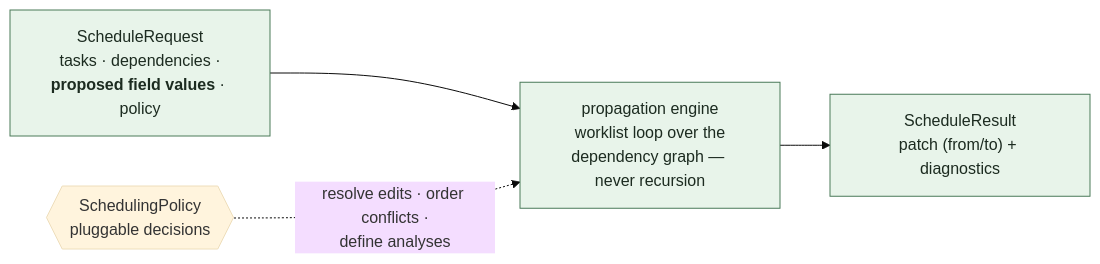
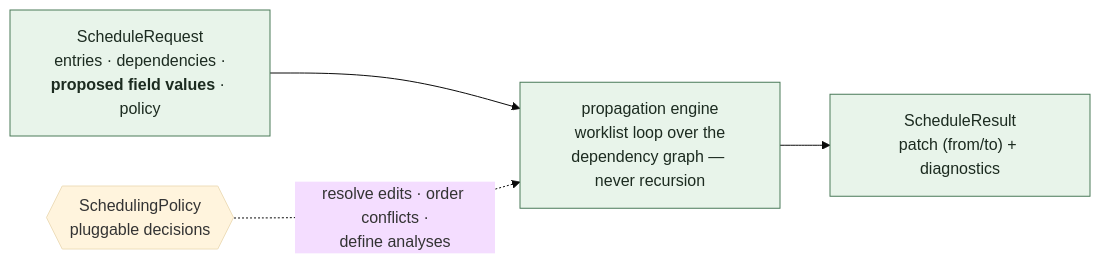
One commit to freegantt/freegantt changed the fifth of 6 diagrams in plans/01-domain-architecture.md. Above: the diagram before and after it, drawn with Mermaid (base theme). The commit also changed other lines of this file and 38 other files, not shown here.

````diff
--- a/plans/01-domain-architecture.md
+++ b/plans/01-domain-architecture.md
@@ -376,14 +376,14 @@
 ```mermaid
 flowchart LR
-  REQ["ScheduleRequest<br/>tasks · dependencies ·<br/><b>proposed field values</b> · policy"]
+  REQ["ScheduleRequest<br/>entries · dependencies ·<br/><b>proposed field values</b> · policy"]
   ENG["propagation engine<br/>worklist loop over the<br/>dependency graph — never recursion"]
   POL{{"SchedulingPolicy<br/>pluggable decisions"}}
   RES["ScheduleResult<br/>patch (from/to) + diagnostics"]
 
   REQ --> ENG
   POL -.->|"resolve edits · order conflicts ·<br/>define analyses"| ENG
   ENG --> RES
 
   classDef g fill:#e8f4ea,stroke:#4a7a58,color:#1c2b20
   class REQ,ENG,RES g
 ```
````
